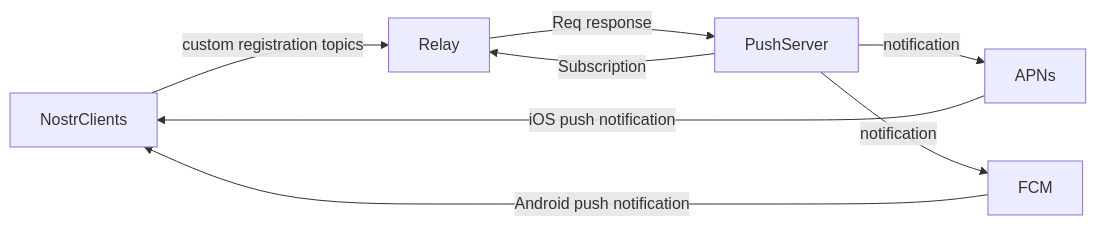
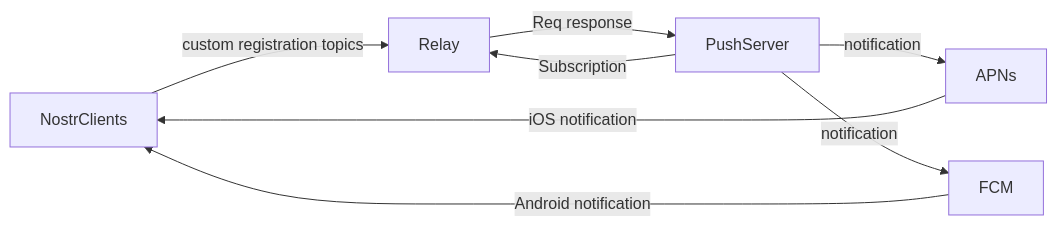
Before and after one commit to 0xchat-app/0xchat-core: the diagram in doc/nofitications.md, drawn with Mermaid. The commit also changed other lines of this file, not shown here.

````diff
--- a/doc/nofitications.md
+++ b/doc/nofitications.md
@@ -56,7 +14,7 @@
 ```mermaid
 flowchart LR
     NostrClients --> |custom registration topics| Relay  
-    Relay --> |Req response| PushServer--> |notification| APNs --> |iOS push notification| NostrClients
-    PushServer --> |notification| FCM--> |Android push notification| NostrClients
+    Relay --> |Req response| PushServer--> |notification| APNs --> |iOS notification| NostrClients
+    PushServer --> |notification| FCM--> |Android notification| NostrClients
     PushServer --> |Subscription |Relay
 ```
````
